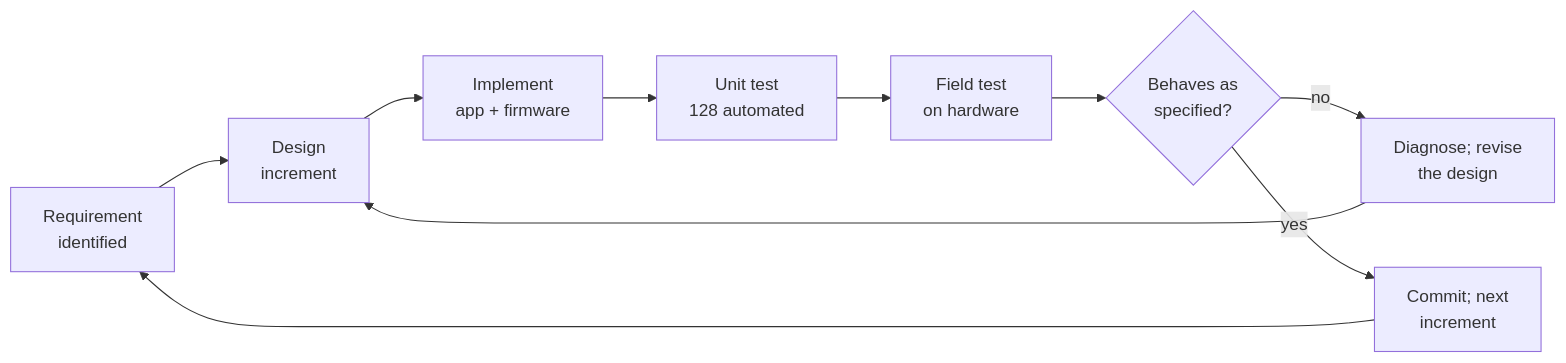
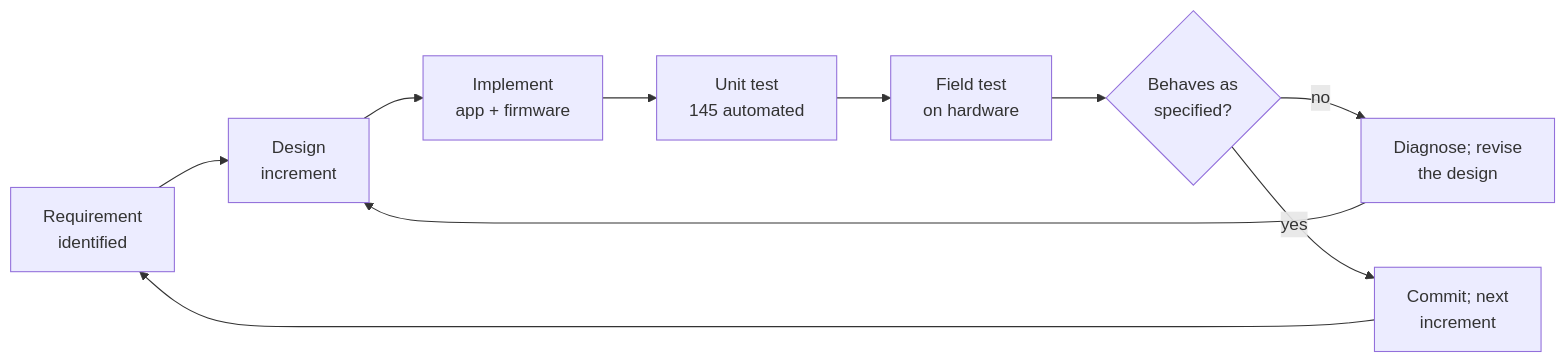
The first of 19 diagrams in docs/CHAPTER_3_DESIGN.md (Blexalmighty/Keyguard-Final-Year-Project), drawn with Mermaid before and after one commit. The commit also changed other lines of this file and 7 other files, not shown here.

````diff
--- a/docs/CHAPTER_3_DESIGN.md
+++ b/docs/CHAPTER_3_DESIGN.md
@@ -55,12 +55,12 @@
 ```mermaid
 graph LR
     A["Requirement<br/>identified"] --> B["Design<br/>increment"]
     B --> C["Implement<br/>app + firmware"]
-    C --> D["Unit test<br/>128 automated"]
+    C --> D["Unit test<br/>145 automated"]
     D --> E["Field test<br/>on hardware"]
     E --> F{"Behaves as<br/>specified?"}
     F -->|no| G["Diagnose; revise<br/>the design"]
     G --> B
     F -->|yes| H["Commit; next<br/>increment"]
     H --> A
 ```
````
